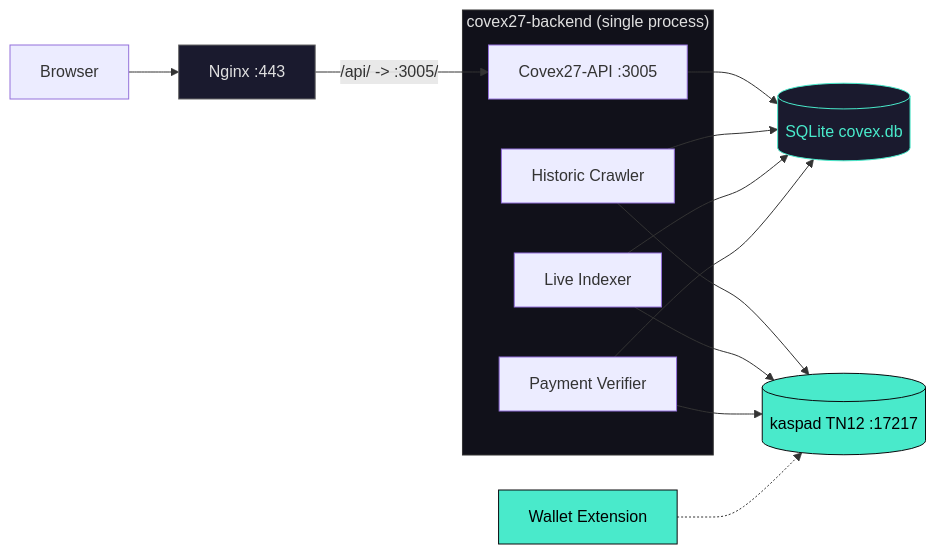
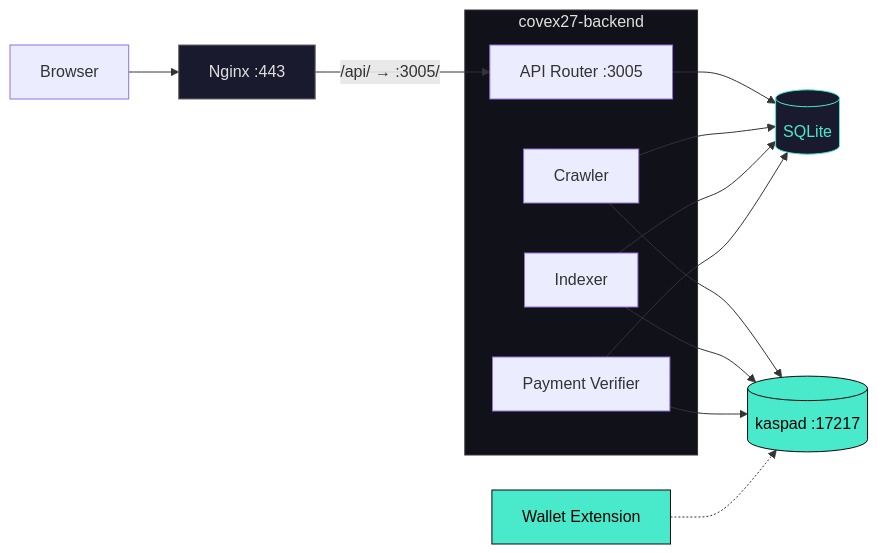
The first of 2 diagrams in README.md (THTProtocol/Covex27), drawn with Mermaid before and after one commit. The commit also changed other lines of this file, not shown here.

Commit message:
docs: 100% code-accurate README — verified classification pipeline, crawler walk distance (2000), dual DB writers, SHA-256 hashing

````diff
--- a/README.md
+++ b/README.md
@@ -105,29 +55,29 @@
 ```mermaid
 graph LR
     Browser[Browser] --> Nginx[Nginx :443]
-    Nginx -->|"/api/ -> :3005/"| Backend[Covex27-API :3005]
-    Backend --> DB[("SQLite covex.db")]
+    Nginx -->|"/api/ → :3005/"| Backend[API Router :3005]
+    Backend --> DB[("SQLite")]
 
-    Crawler[Historic Crawler] --> Kaspa[("kaspad TN12 :17217")]
-    Indexer[Live Indexer] --> Kaspa
+    Crawler[Crawler] --> Kaspa[("kaspad :17217")]
+    Indexer[Indexer] --> Kaspa
     Verifier[Payment Verifier] --> Kaspa
 
     Crawler --> DB
     Indexer --> DB
     Verifier --> DB
 
     Wallet[Wallet Extension] -.-> Kaspa
 
-    subgraph Core["covex27-backend (single process)"]
+    subgraph Process["covex27-backend"]
         Backend
         Crawler
         Indexer
         Verifier
     end
 
     style Kaspa fill:#49EACB,stroke:#0A0A0D,color:#000
     style Wallet fill:#49EACB,stroke:#0A0A0D,color:#000
     style DB fill:#1A1A2E,stroke:#49EACB,color:#49EACB
-    style Core fill:#11111A,stroke:#333,color:#E0E0E0
+    style Process fill:#11111A,stroke:#333,color:#E0E0E0
     style Nginx fill:#1A1A2E,stroke:#666,color:#E0E0E0
 ```
````
